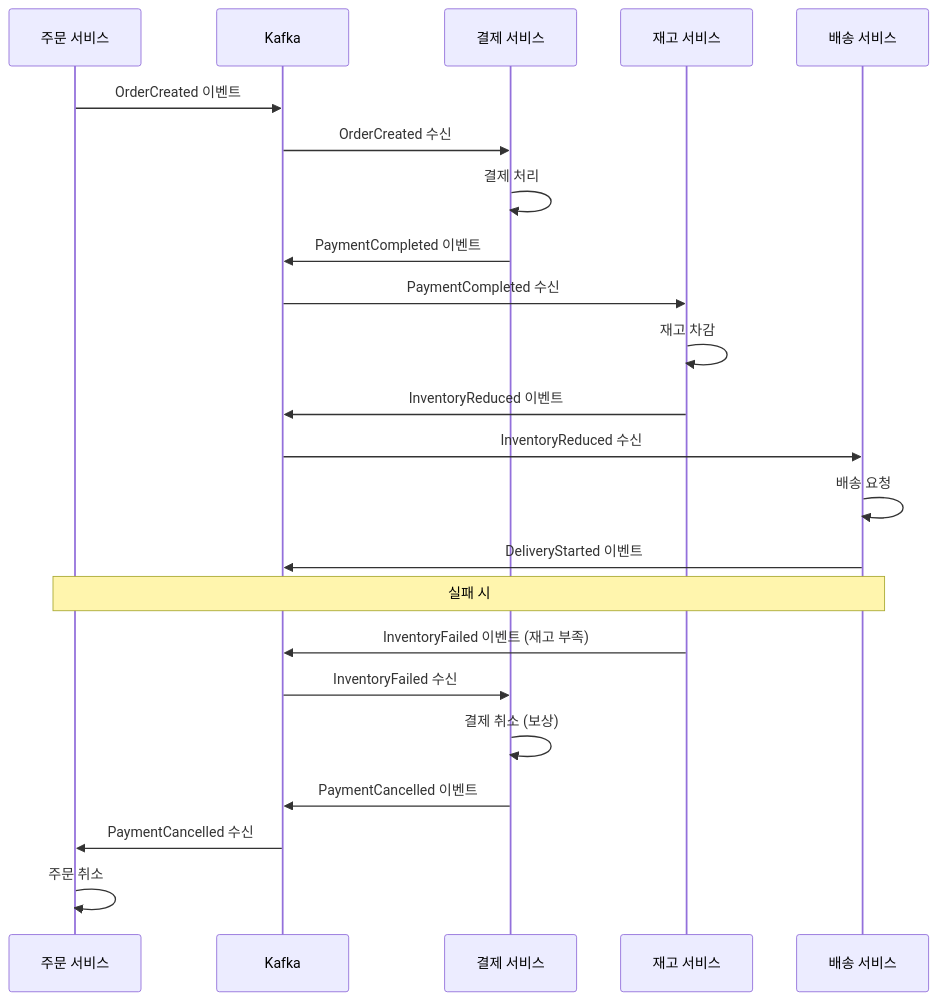
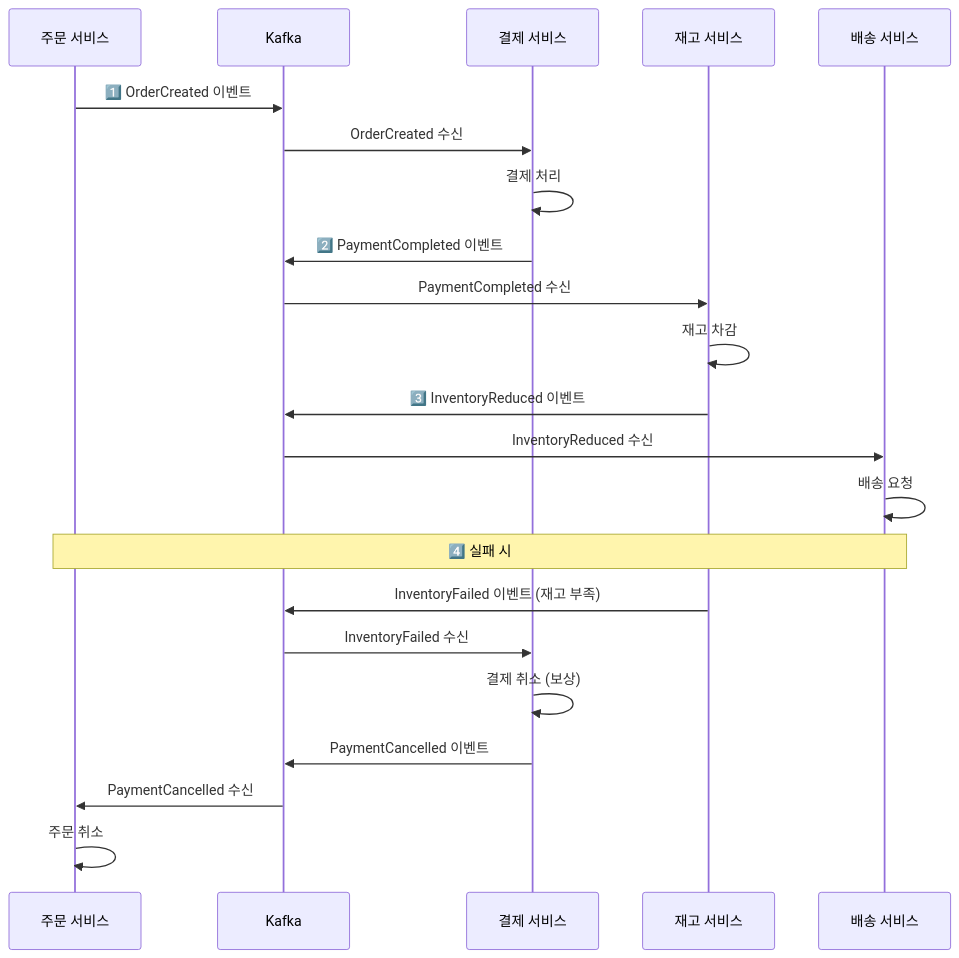
The sixth of 14 diagrams in _posts/architecture/2026-05-02-distributed-transaction-deep.md (yjkim2015/yjkim2015.github.io), drawn with Mermaid before and after one commit. The commit also changed other lines of this file and 92 other files, not shown here.

First line of the commit message:
Major quality rewrite: 98 files, Mermaid fix, extreme-scenario component

````diff
--- a/_posts/architecture/2026-05-02-distributed-transaction-deep.md
+++ b/_posts/architecture/2026-05-02-distributed-transaction-deep.md
@@ -142,29 +152,28 @@
 ```mermaid
 sequenceDiagram
     participant OS as 주문 서비스
     participant Kafka as Kafka
     participant PS as 결제 서비스
     participant IS as 재고 서비스
     participant DS as 배송 서비스
 
-    OS->>Kafka: OrderCreated 이벤트
+    OS->>Kafka: 1️⃣ OrderCreated 이벤트
     Kafka->>PS: OrderCreated 수신
     PS->>PS: 결제 처리
-    PS->>Kafka: PaymentCompleted 이벤트
+    PS->>Kafka: 2️⃣ PaymentCompleted 이벤트
 
     Kafka->>IS: PaymentCompleted 수신
     IS->>IS: 재고 차감
-    IS->>Kafka: InventoryReduced 이벤트
+    IS->>Kafka: 3️⃣ InventoryReduced 이벤트
 
     Kafka->>DS: InventoryReduced 수신
     DS->>DS: 배송 요청
-    DS->>Kafka: DeliveryStarted 이벤트
 
-    Note over OS,DS: 실패 시
+    Note over OS,DS: 4️⃣ 실패 시
     IS->>Kafka: InventoryFailed 이벤트 (재고 부족)
     Kafka->>PS: InventoryFailed 수신
     PS->>PS: 결제 취소 (보상)
     PS->>Kafka: PaymentCancelled 이벤트
     Kafka->>OS: PaymentCancelled 수신
     OS->>OS: 주문 취소
 ```
````
